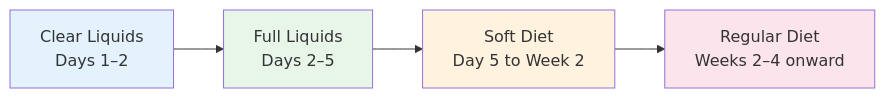
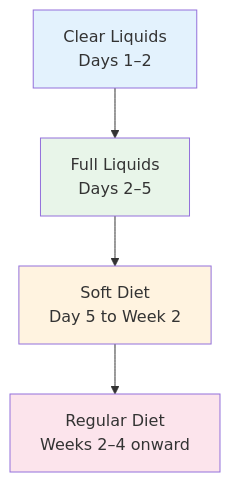
The diagram in 食道弛緩不能症/一般版/EN/04_Daily_Care_and_Diet.md (dontchangela-bit/esophageal-education), drawn with Mermaid before and after one commit. The commit also changed 7 other files, not shown here.

Commit message:
Change flowchart LR to TD (vertical layout)

````diff
--- a/食道弛緩不能症/一般版/EN/04_Daily_Care_and_Diet.md
+++ b/食道弛緩不能症/一般版/EN/04_Daily_Care_and_Diet.md
@@ -165,11 +165,11 @@
 ```mermaid
-graph LR
+graph TD
     A[Clear Liquids<br/>Days 1–2] --> B[Full Liquids<br/>Days 2–5]
     B --> C[Soft Diet<br/>Day 5 to Week 2]
     C --> D[Regular Diet<br/>Weeks 2–4 onward]
 
     style A fill:#E3F2FD
     style B fill:#E8F5E9
     style C fill:#FFF3E0
     style D fill:#FCE4EC
 ```
````
